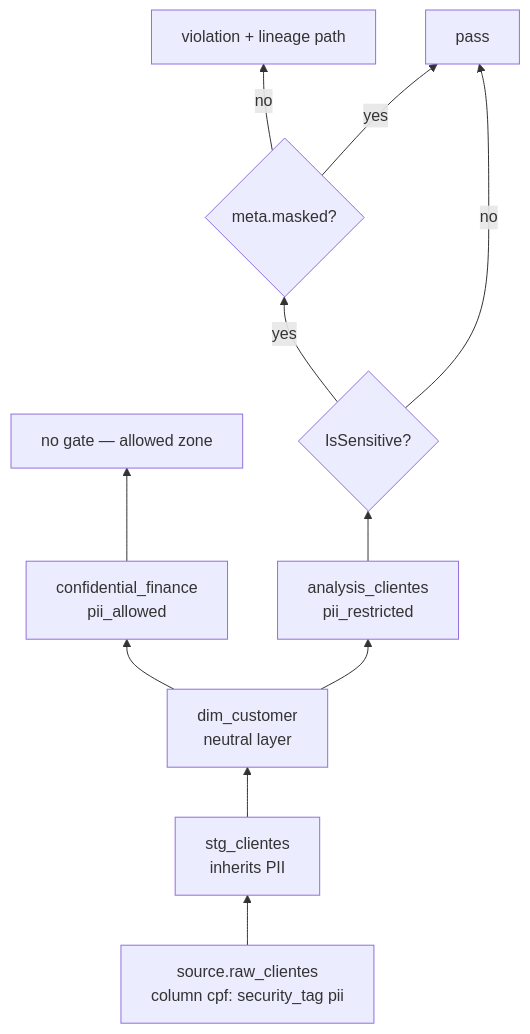
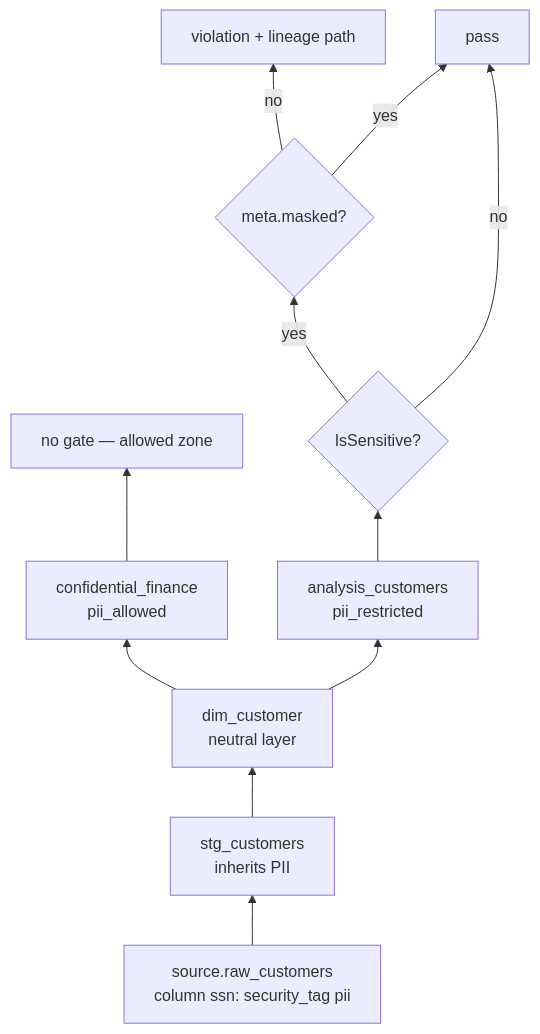
Before and after one commit to renatoprovi/dbt-guard: the third of 5 diagrams in README.md, drawn with Mermaid. The commit also changed other lines of this file and 36 other files, not shown here.

````diff
--- a/README.md
+++ b/README.md
@@ -102,20 +105,20 @@
 ```mermaid
 flowchart BT
-  SRC["source.raw_clientes<br/>column cpf: security_tag pii"]
-  STG["stg_clientes<br/>inherits PII"]
+  SRC["source.raw_customers<br/>column ssn: security_tag pii"]
+  STG["stg_customers<br/>inherits PII"]
   DWH["dim_customer<br/>neutral layer"]
   CF["confidential_finance<br/>pii_allowed"]
-  ANA["analysis_clientes<br/>pii_restricted"]
+  ANA["analysis_customers<br/>pii_restricted"]
 
   SRC --> STG
   STG --> DWH
   DWH --> CF
   DWH --> ANA
 
   CF --> R1["no gate — allowed zone"]
   ANA --> R2{IsSensitive?}
   R2 -->|yes| R3{meta.masked?}
   R3 -->|no| R4["violation + lineage path"]
   R3 -->|yes| R5["pass"]
   R2 -->|no| R5
 ```
````
